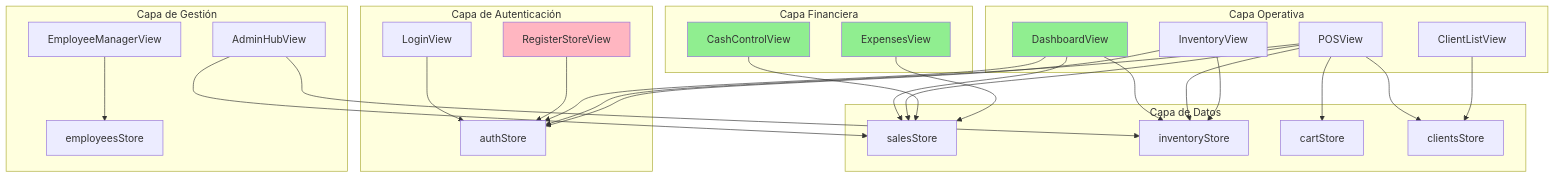
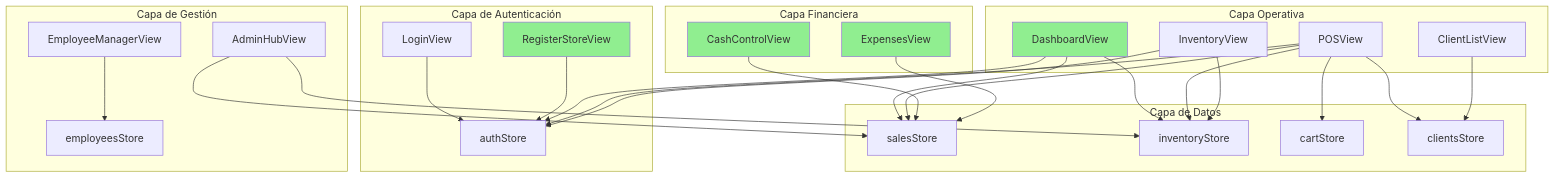
Before and after one commit to YamirJCF/tienda-barrio-pro: the diagram in 04_DEV_ORCHESTRATION/MAPA_LOGICA_GLOBAL.md, drawn with Mermaid. The commit also changed other lines of this file and 1 other file, not shown here.

Commit message:
docs: reverse engineer register store requirements and update roadmap

````diff
--- a/04_DEV_ORCHESTRATION/MAPA_LOGICA_GLOBAL.md
+++ b/04_DEV_ORCHESTRATION/MAPA_LOGICA_GLOBAL.md
@@ -79,64 +79,64 @@
 ```mermaid
 graph TD
     subgraph "Capa de Autenticación"
         AUTH[authStore]
         LOGIN[LoginView]
         REGISTER[RegisterStoreView]
     end
 
     subgraph "Capa de Gestión"
         EMP_STORE[employeesStore]
         EMP_VIEW[EmployeeManagerView]
         ADMIN[AdminHubView]
     end
 
     subgraph "Capa Operativa"
         DASH[DashboardView]
         POS[POSView]
         INV[InventoryView]
         CLIENTS[ClientListView]
     end
 
     subgraph "Capa de Datos"
         SALES[salesStore]
         INV_STORE[inventoryStore]
         CART[cartStore]
         CLI_STORE[clientsStore]
     end
 
     subgraph "Capa Financiera"
         CASH[CashControlView]
         EXPENSES[ExpensesView]
     end
 
     LOGIN --> AUTH
     REGISTER --> AUTH
     
     DASH --> AUTH
     DASH --> SALES
     DASH --> INV_STORE
     
     POS --> AUTH
     POS --> CART
     POS --> INV_STORE
     POS --> SALES
     POS --> CLI_STORE
     
     INV --> AUTH
     INV --> INV_STORE
     
     CLIENTS --> CLI_STORE
     
     ADMIN --> SALES
     ADMIN --> INV_STORE
     
     EMP_VIEW --> EMP_STORE
     
     CASH --> SALES
     EXPENSES --> SALES
     
     style DASH fill:#90EE90
     style CASH fill:#90EE90
     style EXPENSES fill:#90EE90
-    style REGISTER fill:#FFB6C1
+    style REGISTER fill:#90EE90
 ```
````
